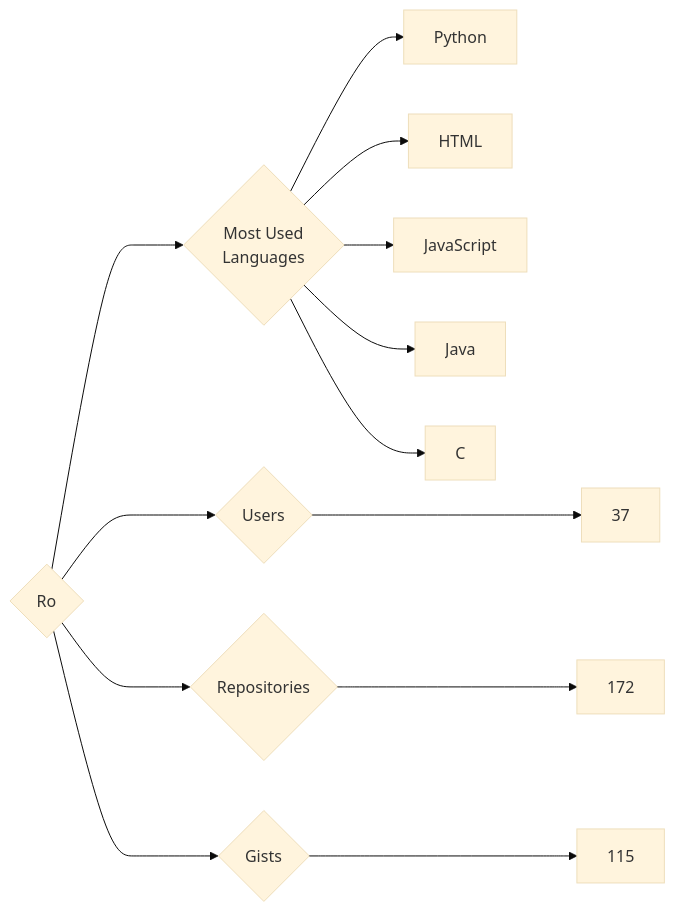
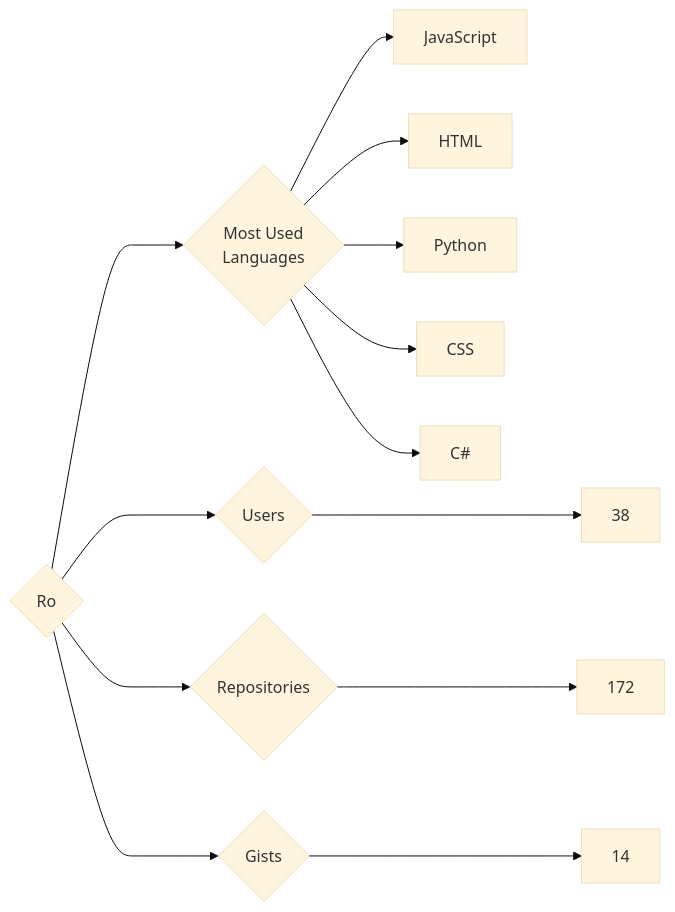
One commit to trickest/insiders changed the diagram in targets/Ro/README.md. Above: the diagram before and after it, drawn with Mermaid (base theme). The commit also changed 953 other files, not shown here.

````diff
--- a/targets/Ro/README.md
+++ b/targets/Ro/README.md
@@ -3,13 +3,13 @@
 ```mermaid
 graph LR
 COMPANY_NAME{Ro}
-COMPANY_NAME ---> U{Users} ---> UN[37]
+COMPANY_NAME ---> U{Users} ---> UN[38]
 COMPANY_NAME ---> R{Repositories} ---> RN[172]
-COMPANY_NAME ---> G{Gists} ---> GN[115]
+COMPANY_NAME ---> G{Gists} ---> GN[14]
 COMPANY_NAME ---> ML{Most Used<br>Languages}
+ML --> JavaScript[JavaScript]
+ML --> HTML[HTML]
 ML --> Python[Python]
-ML --> HTML[HTML]
-ML --> JavaScript[JavaScript]
-ML --> Java[Java]
-ML --> C[C]
+ML --> CSS[CSS]
+ML --> C#[C#]
 ```
````
